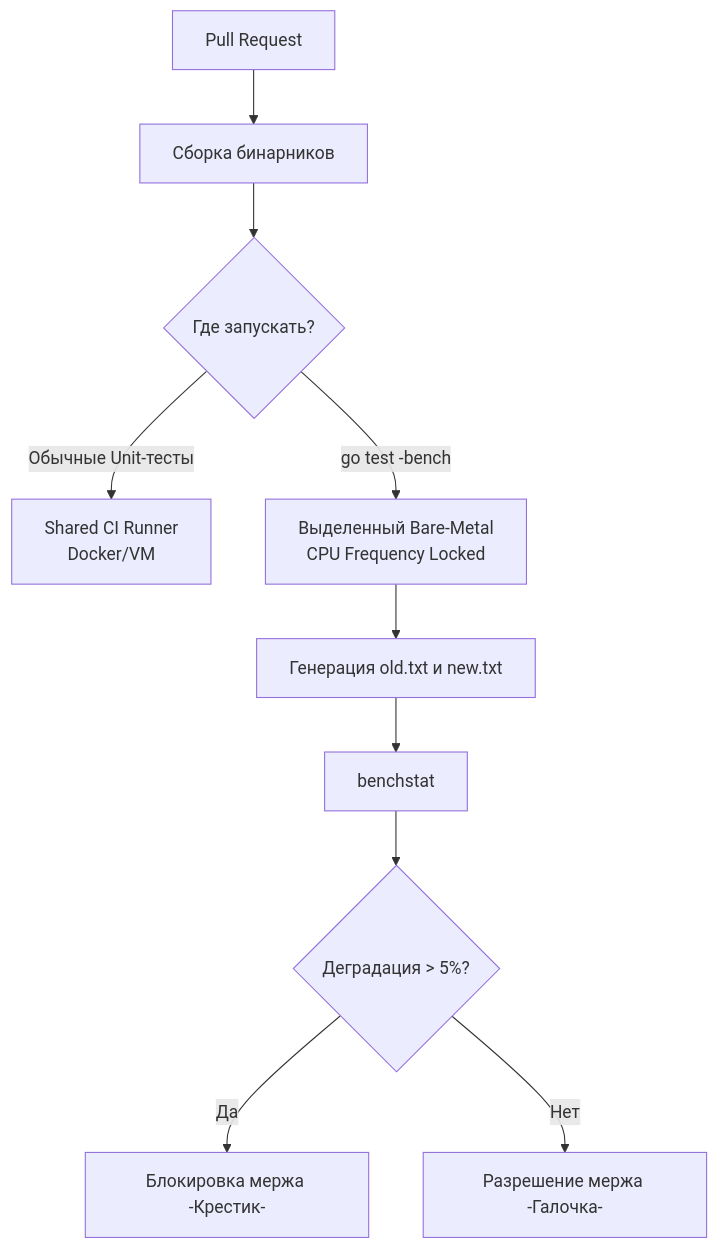
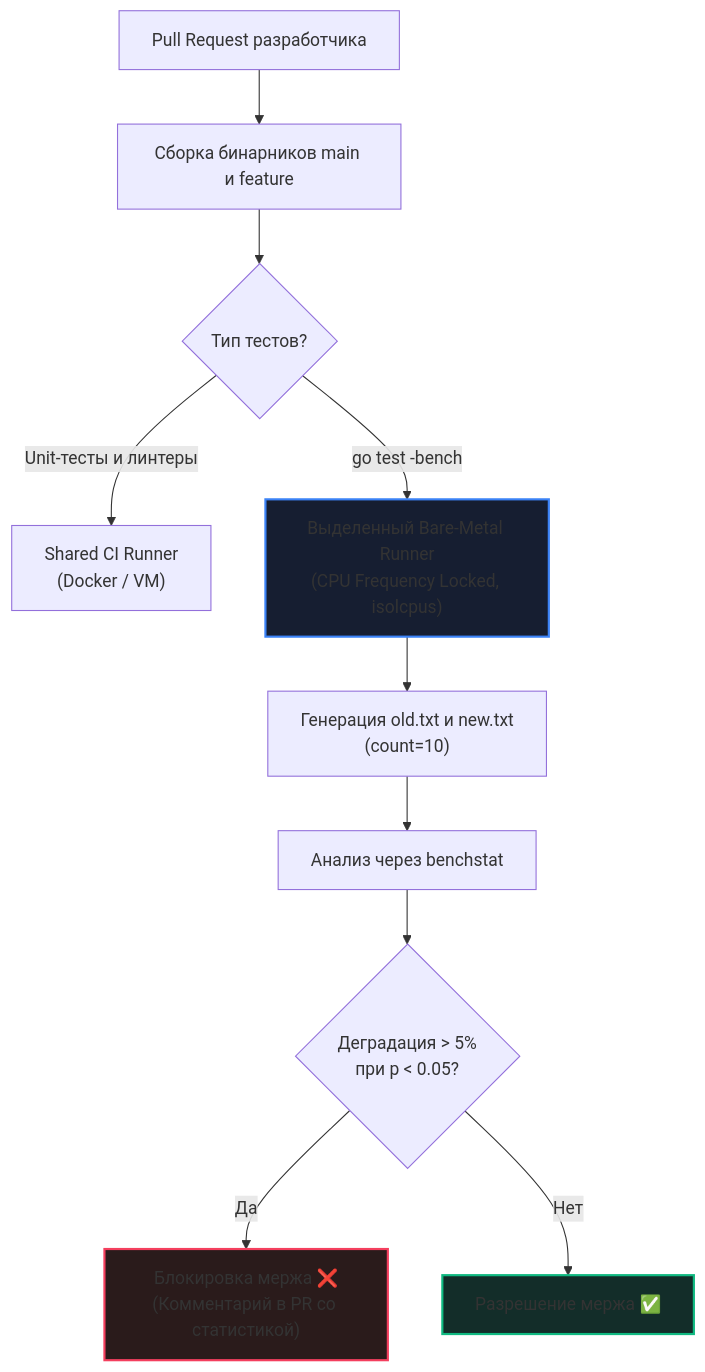
One commit to UnrealTemplier/go-textbook changed the diagram in sources/16. Профилирование, отладка и производительность/10. Highload/5. Performance regression detection.md. Above: the diagram before and after it, drawn with Mermaid. The commit also changed other lines of this file, not shown here.

````diff
--- a/sources/16. Профилирование, отладка и производительность/10. Highload/5. Performance regression detection.md
+++ b/sources/16. Профилирование, отладка и производительность/10. Highload/5. Performance regression detection.md
@@ -56,12 +79,19 @@
 ```mermaid
 flowchart TD
-    A["Pull Request"] --> B["Сборка бинарников"]
-    B --> C{"Где запускать?"}
-    C -- "Обычные Unit-тесты" --> D["Shared CI Runner<br>Docker/VM"]
-    C -- "go test -bench" --> E["Выделенный Bare-Metal<br>CPU Frequency Locked"]
-    E --> F["Генерация old.txt и new.txt"]
-    F --> G["benchstat"]
-    G --> H{"Деградация > 5%?"}
-    H -- "Да" --> I["Блокировка мержа -Крестик-"]
-    H -- "Нет" --> J["Разрешение мержа -Галочка-"]
+    PR["Pull Request разработчика"] --> Build["Сборка бинарников main и feature"]
+    Build --> Route{"Тип тестов?"}
+    
+    Route -- "Unit-тесты и линтеры" --> SharedRunner["Shared CI Runner<br>(Docker / VM)"]
+    Route -- "go test -bench" --> MetalRunner["Выделенный Bare-Metal Runner<br>(CPU Frequency Locked, isolcpus)"]
+    
+    MetalRunner --> Bench["Генерация old.txt и new.txt<br>(count=10)"]
+    Bench --> Stat["Анализ через benchstat"]
+    Stat --> Verdict{"Деградация > 5%<br>при p < 0.05?"}
+    
+    Verdict -- "Да" --> Fail["Блокировка мержа ❌<br>(Комментарий в PR со статистикой)"]
+    Verdict -- "Нет" --> Pass["Разрешение мержа ✅"]
+    
+    style Fail fill:#2a1b1b,stroke:#f43f5e,stroke-width:2px
+    style Pass fill:#132d29,stroke:#10b981,stroke-width:2px
+    style MetalRunner fill:#161e31,stroke:#3b82f6,stroke-width:2px
 ```
````
